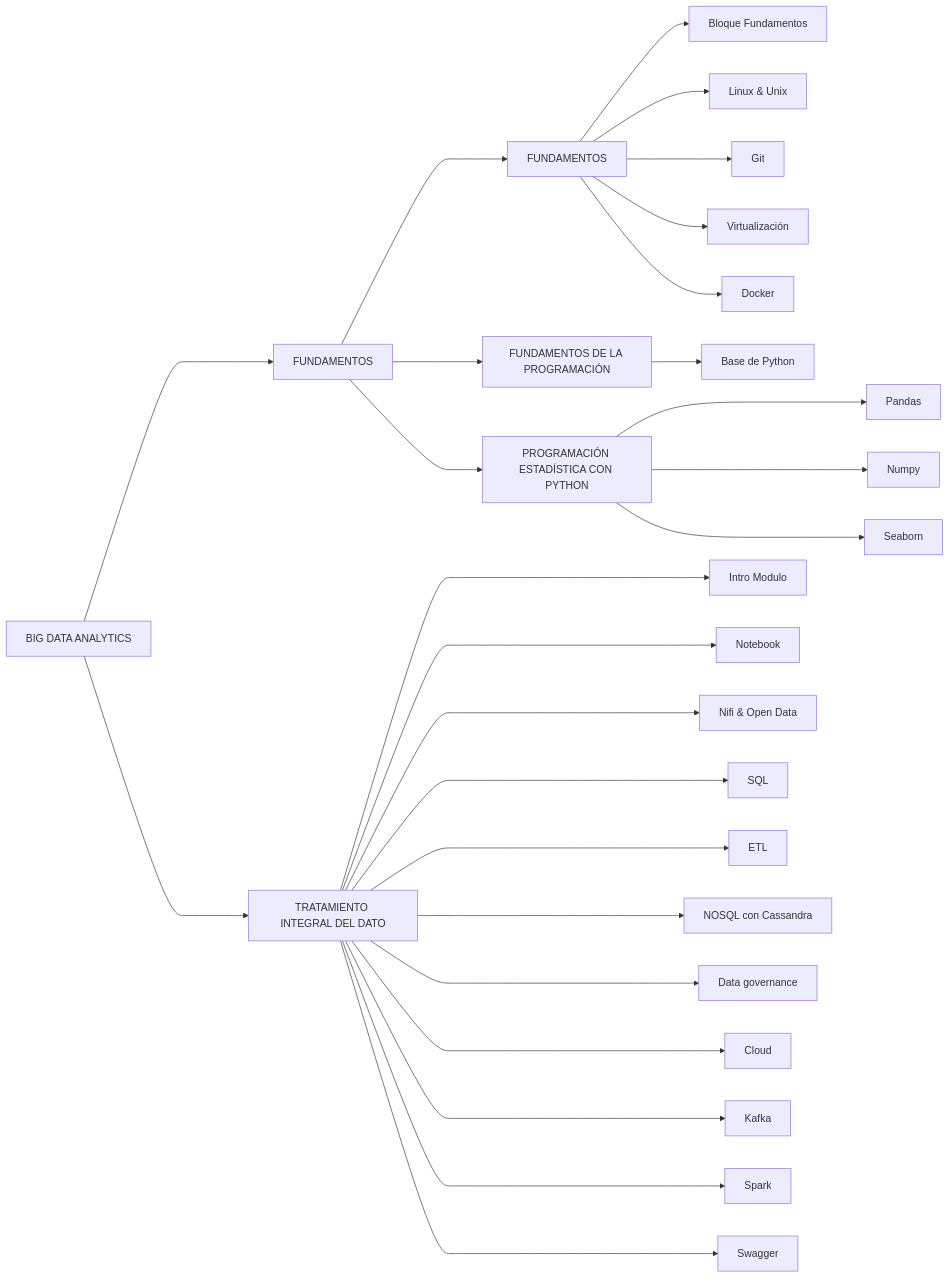
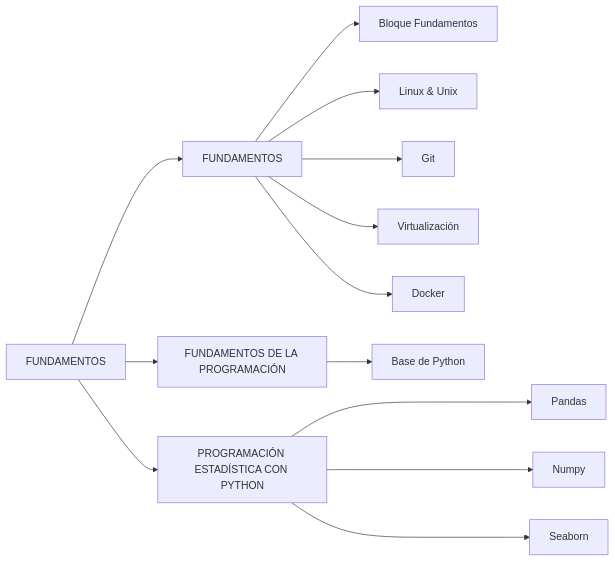
Before and after one commit to alozk/Master-Big-Data-Analytics: the diagram in 1. FUNDAMENTOS/README.md, drawn with Mermaid.

````diff
--- a/1. FUNDAMENTOS/README.md
+++ b/1. FUNDAMENTOS/README.md
@@ -1,28 +1,15 @@
 ```mermaid
 flowchart LR
-A[BIG DATA ANALYTICS] ---->B[FUNDAMENTOS];
-A[BIG DATA ANALYTICS] ---->C[TRATAMIENTO INTEGRAL DEL DATO];
-B[FUNDAMENTOS] --->D[FUNDAMENTOS];
-B[FUNDAMENTOS] --->E[FUNDAMENTOS DE LA PROGRAMACIÓN]
-B[FUNDAMENTOS] --->F[PROGRAMACIÓN ESTADÍSTICA CON PYTHON]
-D[FUNDAMENTOS] -->G[Bloque Fundamentos]
-D[FUNDAMENTOS] -->H[Linux & Unix]
-D[FUNDAMENTOS] -->I[Git]
-D[FUNDAMENTOS] -->J[Virtualización]
-D[FUNDAMENTOS] -->K[Docker]
-C[TRATAMIENTO INTEGRAL DEL DATO] ---->L[Intro Modulo]
-C[TRATAMIENTO INTEGRAL DEL DATO] ---->M[Notebook]
-C[TRATAMIENTO INTEGRAL DEL DATO] ---->N[Nifi & Open Data]
-C[TRATAMIENTO INTEGRAL DEL DATO] ---->O[SQL]
-C[TRATAMIENTO INTEGRAL DEL DATO] ---->P[ETL]
-C[TRATAMIENTO INTEGRAL DEL DATO] ---->Q[NOSQL con Cassandra]
-C[TRATAMIENTO INTEGRAL DEL DATO] ---->R[Data governance]
-C[TRATAMIENTO INTEGRAL DEL DATO] ---->S[Cloud]
-C[TRATAMIENTO INTEGRAL DEL DATO] ---->T[Kafka]
-C[TRATAMIENTO INTEGRAL DEL DATO] ---->U[Spark]
-C[TRATAMIENTO INTEGRAL DEL DATO] ---->V[Swagger]
-E[FUNDAMENTOS DE LA PROGRAMACIÓN] -->W[Base de Python]
-F[PROGRAMACIÓN ESTADÍSTICA CON PYTHON] --->X[Pandas]
-F[PROGRAMACIÓN ESTADÍSTICA CON PYTHON] --->Y[Numpy]
-F[PROGRAMACIÓN ESTADÍSTICA CON PYTHON] --->Z[Seaborn]
+A[FUNDAMENTOS] -->B[FUNDAMENTOS];
+A[FUNDAMENTOS] -->C[FUNDAMENTOS DE LA PROGRAMACIÓN]
+A[FUNDAMENTOS] -->D[PROGRAMACIÓN ESTADÍSTICA CON PYTHON]
+B[FUNDAMENTOS] -->E[Bloque Fundamentos]
+B[FUNDAMENTOS] -->F[Linux & Unix]
+B[FUNDAMENTOS] -->G[Git]
+B[FUNDAMENTOS] -->H[Virtualización]
+B[FUNDAMENTOS] -->I[Docker]
+C[FUNDAMENTOS DE LA PROGRAMACIÓN] -->J[Base de Python]
+D[PROGRAMACIÓN ESTADÍSTICA CON PYTHON] --->K[Pandas]
+D[PROGRAMACIÓN ESTADÍSTICA CON PYTHON] --->L[Numpy]
+D[PROGRAMACIÓN ESTADÍSTICA CON PYTHON] --->M[Seaborn]
 ```
````
